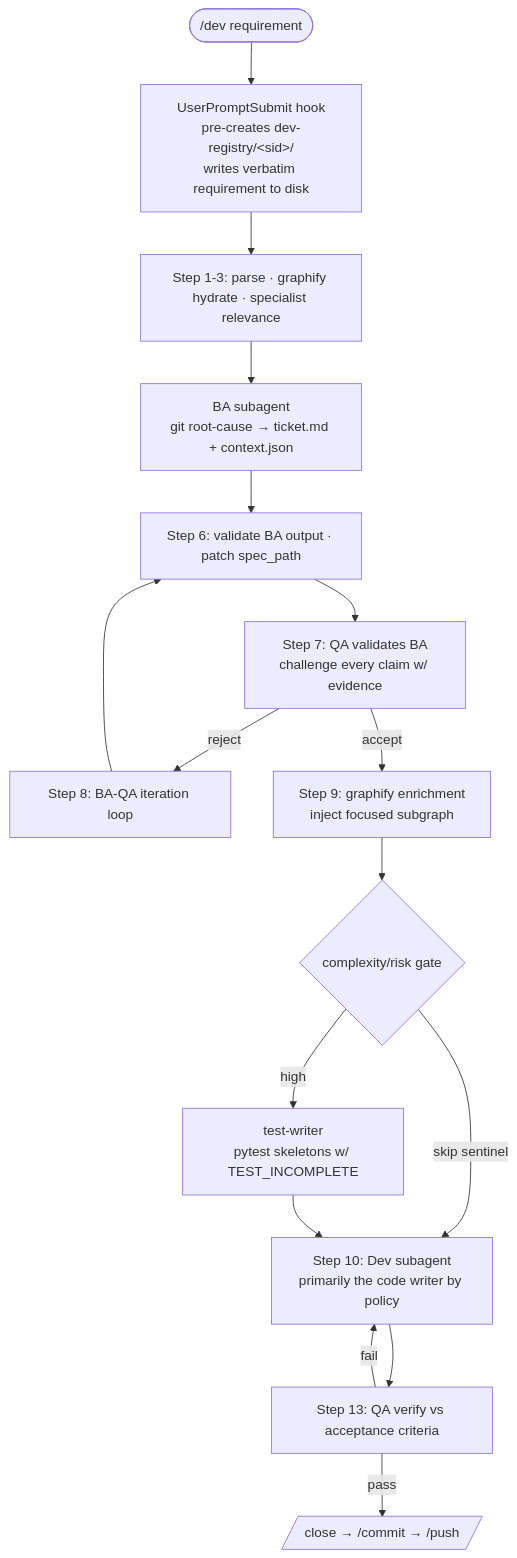
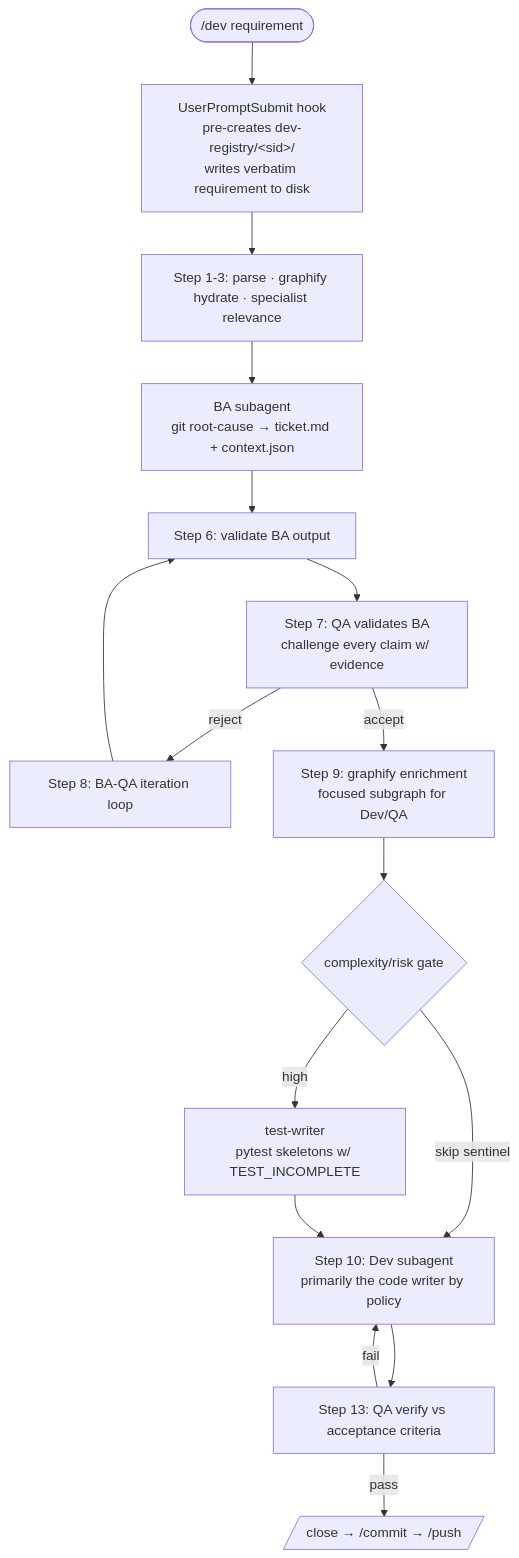
The fourth of 5 diagrams in ARCHITECTURE.md (Yugoge/awesome-claude-harness), drawn with Mermaid before and after one commit. The commit also changed other lines of this file and 23 other files, not shown here.

````diff
--- a/ARCHITECTURE.md
+++ b/ARCHITECTURE.md
@@ -274,18 +274,18 @@
 ```mermaid
 flowchart TD
     P([/dev requirement]) --> R[UserPromptSubmit hook<br/>pre-creates dev-registry/&lt;sid&gt;/<br/>writes verbatim requirement to disk]
     R --> S1[Step 1-3: parse · graphify hydrate · specialist relevance]
     S1 --> BA[BA subagent<br/>git root-cause → ticket.md + context.json]
-    BA --> V6[Step 6: validate BA output · patch spec_path]
+    BA --> V6[Step 6: validate BA output]
     V6 --> QV[Step 7: QA validates BA<br/>challenge every claim w/ evidence]
     QV -->|reject| ITER[Step 8: BA-QA iteration loop]
     ITER --> V6
-    QV -->|accept| GFX[Step 9: graphify enrichment<br/>inject focused subgraph]
+    QV -->|accept| GFX[Step 9: graphify enrichment<br/>focused subgraph for Dev/QA]
     GFX --> TW{complexity/risk gate}
     TW -->|high| TWA[test-writer<br/>pytest skeletons w/ TEST_INCOMPLETE]
     TW -->|skip sentinel| DEV
     TWA --> DEV[Step 10: Dev subagent<br/>primarily the code writer by policy]
     DEV --> QA[Step 13: QA verify vs acceptance criteria]
     QA -->|fail| DEV
     QA -->|pass| CLOSE[/close → /commit → /push/]
 ```
````
